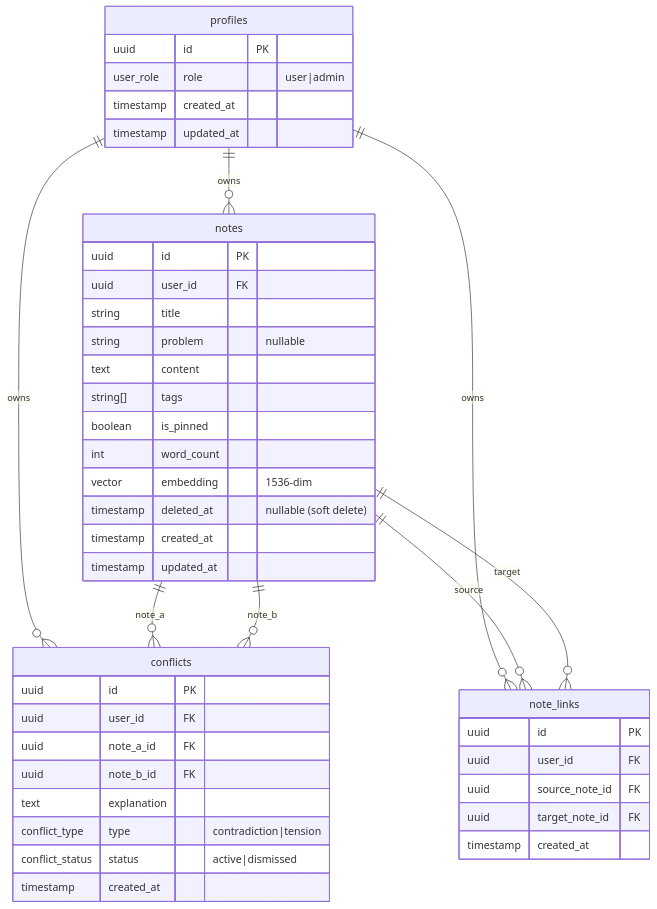
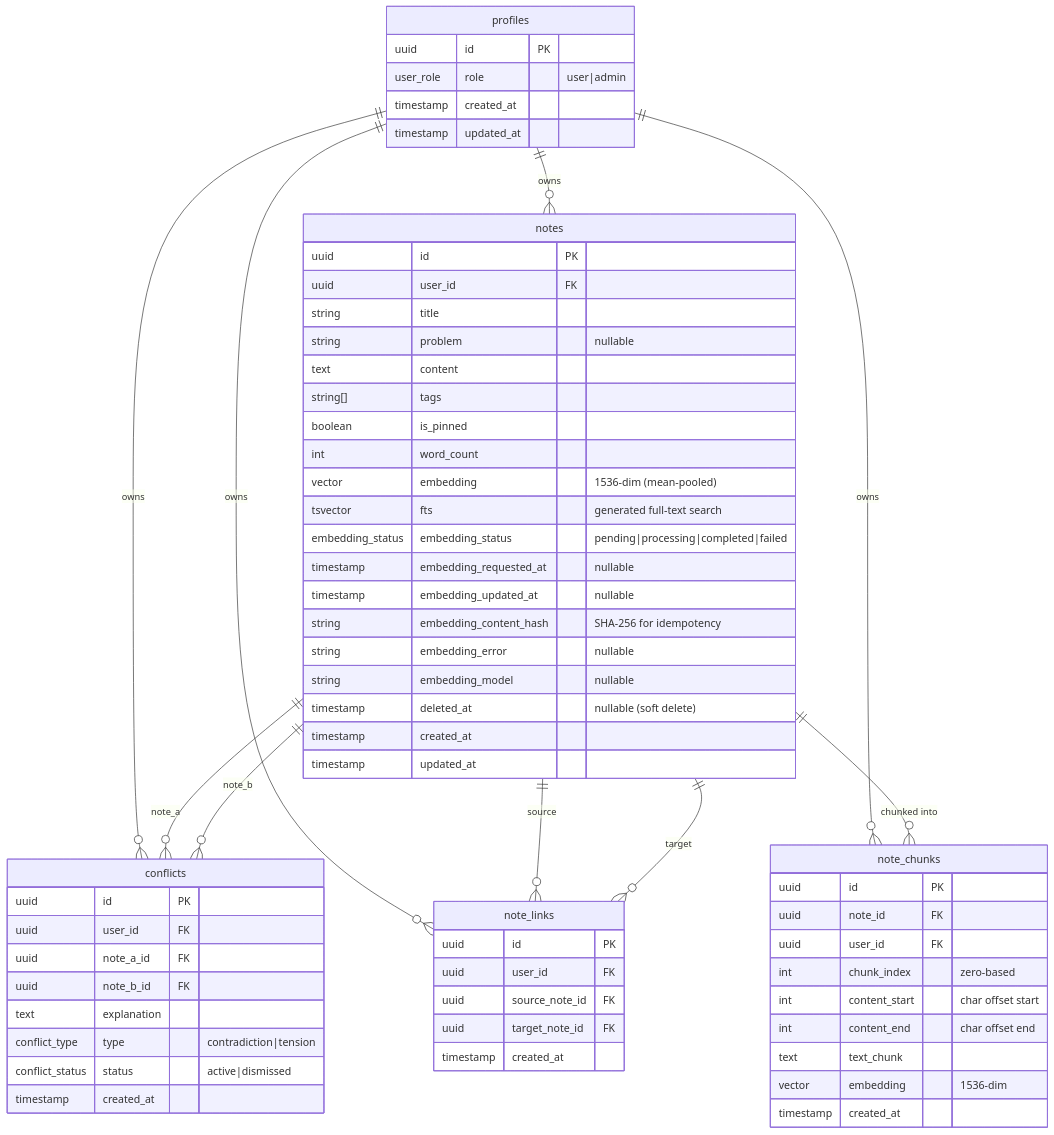
The first of 6 diagrams in DATA-MODEL.md (ForwardInfinity/pkm-ai-integration), drawn with Mermaid before and after one commit. The commit also changed other lines of this file, not shown here.

Commit message:
Update new Data Model based on migration files

````diff
--- a/DATA-MODEL.md
+++ b/DATA-MODEL.md
@@ -11,51 +11,72 @@
 ```mermaid
 erDiagram
     profiles ||--o{ notes : "owns"
     profiles ||--o{ conflicts : "owns"
     profiles ||--o{ note_links : "owns"
+    profiles ||--o{ note_chunks : "owns"
     notes ||--o{ conflicts : "note_a"
     notes ||--o{ conflicts : "note_b"
     notes ||--o{ note_links : "source"
     notes ||--o{ note_links : "target"
+    notes ||--o{ note_chunks : "chunked into"
 
     profiles {
         uuid id PK
         user_role role "user|admin"
         timestamp created_at
         timestamp updated_at
     }
 
     notes {
         uuid id PK
         uuid user_id FK
         string title
         string problem "nullable"
         text content
         string[] tags
         boolean is_pinned
         int word_count
-        vector embedding "1536-dim"
+        vector embedding "1536-dim (mean-pooled)"
+        tsvector fts "generated full-text search"
+        embedding_status embedding_status "pending|processing|completed|failed"
+        timestamp embedding_requested_at "nullable"
+        timestamp embedding_updated_at "nullable"
+        string embedding_content_hash "SHA-256 for idempotency"
+        string embedding_error "nullable"
+        string embedding_model "nullable"
         timestamp deleted_at "nullable (soft delete)"
         timestamp created_at
         timestamp updated_at
+    }
+
+    note_chunks {
+        uuid id PK
+        uuid note_id FK
+        uuid user_id FK
+        int chunk_index "zero-based"
+        int content_start "char offset start"
+        int content_end "char offset end"
+        text text_chunk
+        vector embedding "1536-dim"
+        timestamp created_at
     }
 
     conflicts {
         uuid id PK
         uuid user_id FK
         uuid note_a_id FK
         uuid note_b_id FK
         text explanation
         conflict_type type "contradiction|tension"
         conflict_status status "active|dismissed"
         timestamp created_at
     }
 
     note_links {
         uuid id PK
         uuid user_id FK
         uuid source_note_id FK
         uuid target_note_id FK
         timestamp created_at
     }
 ```
````
